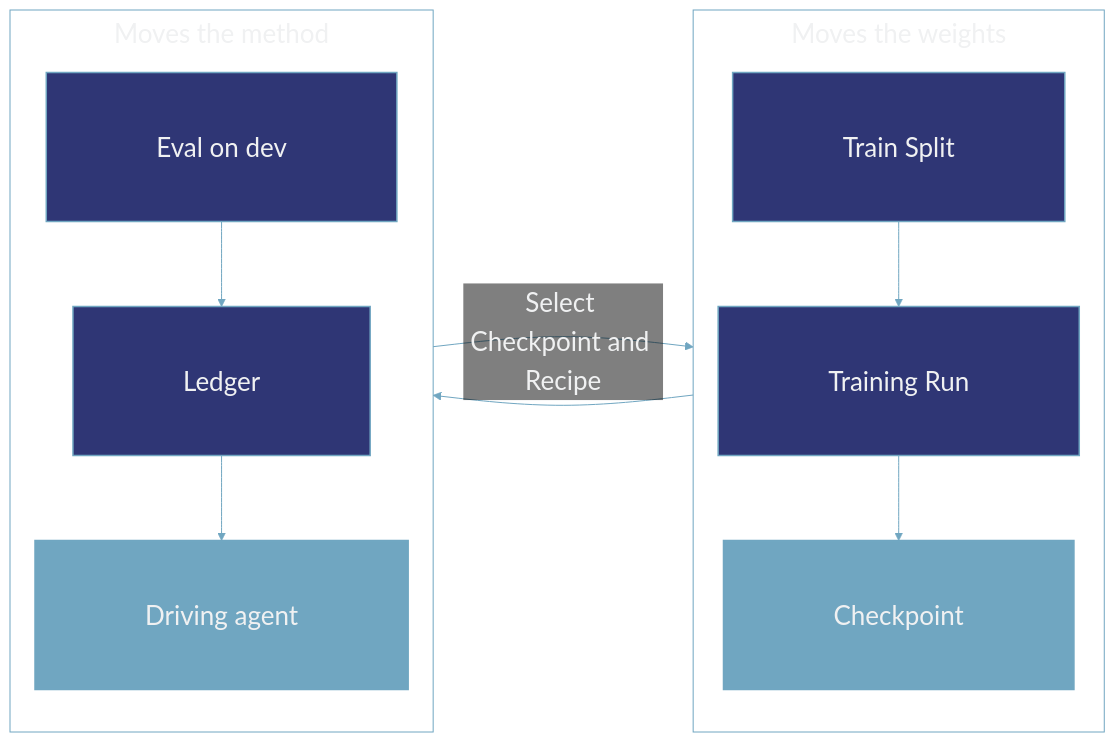
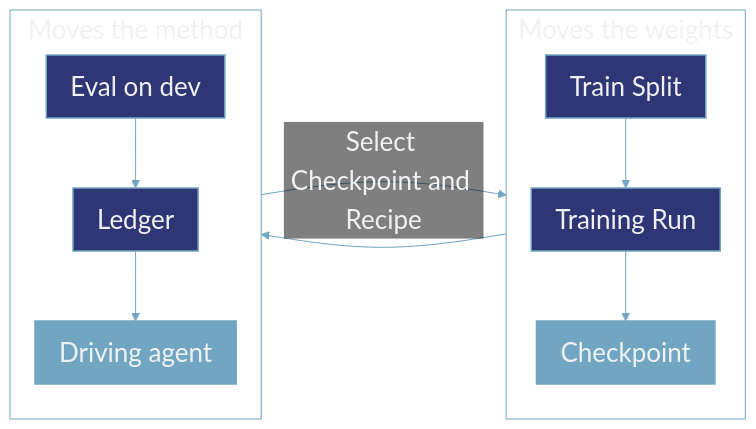
Before and after one commit to Monte-Inc/internal-monte-platform-docs: the first of 2 diagrams in concepts/improvement.mdx, drawn with Mermaid.

Commit message:
Back to the spacing that read at size
Cluster padding inflates the whole SVG, and mermaid scales that to the
container, so padding 55 shrank every label on the page. Restoring the
compact config that was legible. The theme-aware titles in style.css are
unaffected and stay.

````diff
--- a/concepts/improvement.mdx
+++ b/concepts/improvement.mdx
@@ -11,18 +11,18 @@
 ```mermaid actions={false}
-%%{init: {'theme': 'base', 'themeVariables': {'primaryColor': '#315594', 'primaryTextColor': '#F0F1F2', 'primaryBorderColor': '#315594', 'lineColor': '#70A6C1', 'textColor': '#17181B', 'clusterBkg': 'transparent', 'clusterBorder': '#70A6C1', 'edgeLabelBackground': 'transparent', 'tertiaryColor': '#315594', 'tertiaryTextColor': '#F0F1F2', 'tertiaryBorderColor': '#315594', 'fontSize': '26px'}, 'flowchart': {'subGraphTitleMargin': {'top': 4, 'bottom': 16}, 'rankSpacing': 60, 'nodeSpacing': 30, 'padding': 55}}}%%
+%%{init: {'theme': 'base', 'themeVariables': {'primaryColor': '#315594', 'primaryTextColor': '#F0F1F2', 'primaryBorderColor': '#315594', 'lineColor': '#70A6C1', 'textColor': '#17181B', 'clusterBkg': 'transparent', 'clusterBorder': '#70A6C1', 'edgeLabelBackground': 'transparent', 'tertiaryColor': '#315594', 'tertiaryTextColor': '#F0F1F2', 'tertiaryBorderColor': '#315594', 'fontSize': '26px'}, 'flowchart': {'subGraphTitleMargin': {'top': 0, 'bottom': 10}, 'rankSpacing': 45, 'nodeSpacing': 30, 'padding': 12}}}%%
 flowchart LR
     subgraph INNER["Moves the weights"]
         direction TB
         TRAIN["Train Split"]:::entry --> RUN["Training Run"]:::score --> CKPT["Checkpoint"]:::model
     end
     subgraph OUTER["Moves the method"]
         direction TB
         EVAL["Eval on dev"]:::score --> LEDGER["Ledger"]:::entry --> AGENT["Driving agent"]:::model
     end
     CKPT --> EVAL
     AGENT -->|"Select Checkpoint and Recipe"| RUN
 
     classDef entry fill:#2F3675,stroke:#70A6C1,stroke-width:1.5px,color:#F0F1F2;
     classDef model fill:#70A6C1,stroke:#70A6C1,stroke-width:1.5px,color:#F0F1F2;
     classDef score fill:#2F3675,stroke:#70A6C1,stroke-width:1.5px,color:#F0F1F2;
 ```
````
